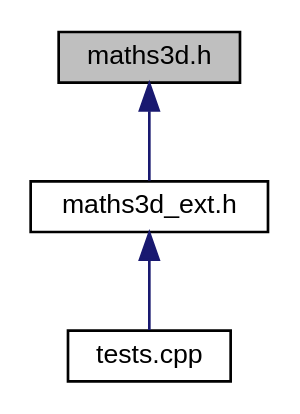
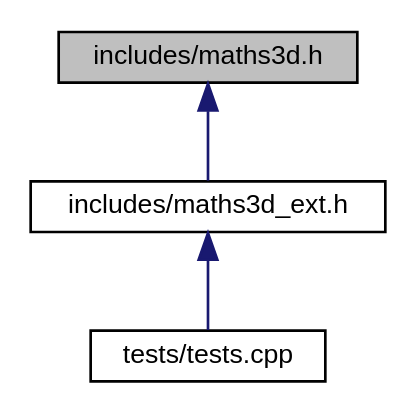
One commit to JohnRyland/Maths3D changed the diagram in Documentation/maths3d_8h__dep__incl.dot. Above: the diagram before and after it, drawn with Graphviz. The commit also changed 56 other files, not shown here.

```diff
--- a/Documentation/maths3d_8h__dep__incl.dot
+++ b/Documentation/maths3d_8h__dep__incl.dot
@@ -1,11 +1,11 @@
-digraph "maths3d.h"
+digraph "includes/maths3d.h"
 {
  // LATEX_PDF_SIZE
   edge [fontname="Helvetica",fontsize="10",labelfontname="Helvetica",labelfontsize="10"];
   node [fontname="Helvetica",fontsize="10",shape=record];
-  Node1 [label="maths3d.h",height=0.2,width=0.4,color="black", fillcolor="grey75", style="filled", fontcolor="black",tooltip=" "];
+  Node1 [label="includes/maths3d.h",height=0.2,width=0.4,color="black", fillcolor="grey75", style="filled", fontcolor="black",tooltip=" "];
   Node1 -> Node2 [dir="back",color="midnightblue",fontsize="10",style="solid",fontname="Helvetica"];
-  Node2 [label="maths3d_ext.h",height=0.2,width=0.4,color="black", fillcolor="white", style="filled",URL="$maths3d__ext_8h.html",tooltip=" "];
+  Node2 [label="includes/maths3d_ext.h",height=0.2,width=0.4,color="black", fillcolor="white", style="filled",URL="$maths3d__ext_8h.html",tooltip=" "];
   Node2 -> Node3 [dir="back",color="midnightblue",fontsize="10",style="solid",fontname="Helvetica"];
-  Node3 [label="tests.cpp",height=0.2,width=0.4,color="black", fillcolor="white", style="filled",URL="$tests_8cpp.html",tooltip=" "];
+  Node3 [label="tests/tests.cpp",height=0.2,width=0.4,color="black", fillcolor="white", style="filled",URL="$tests_8cpp.html",tooltip=" "];
 }
```
